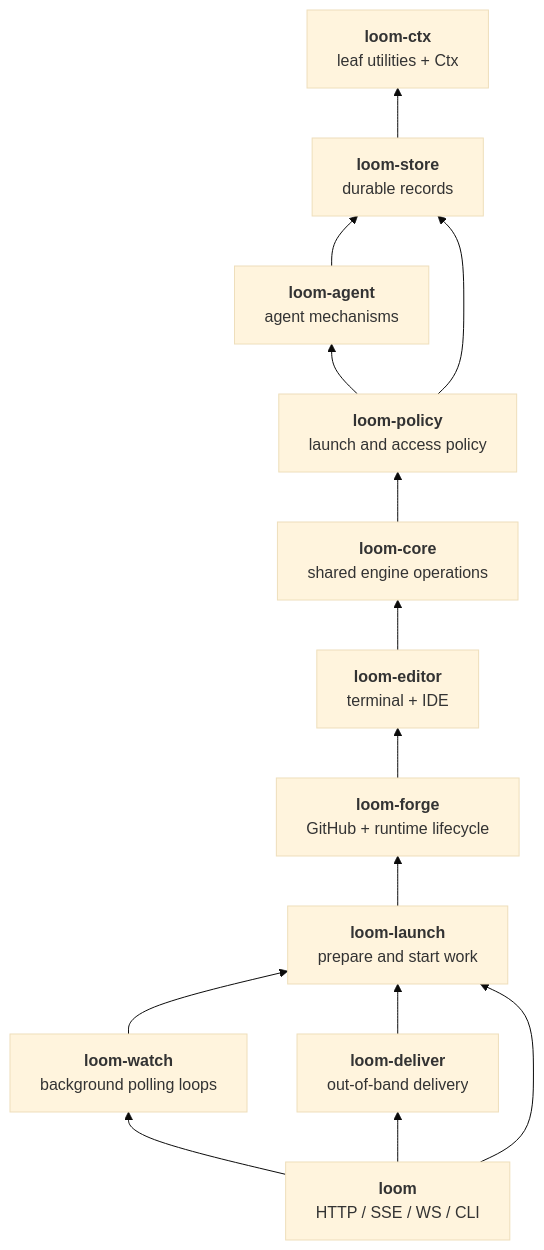
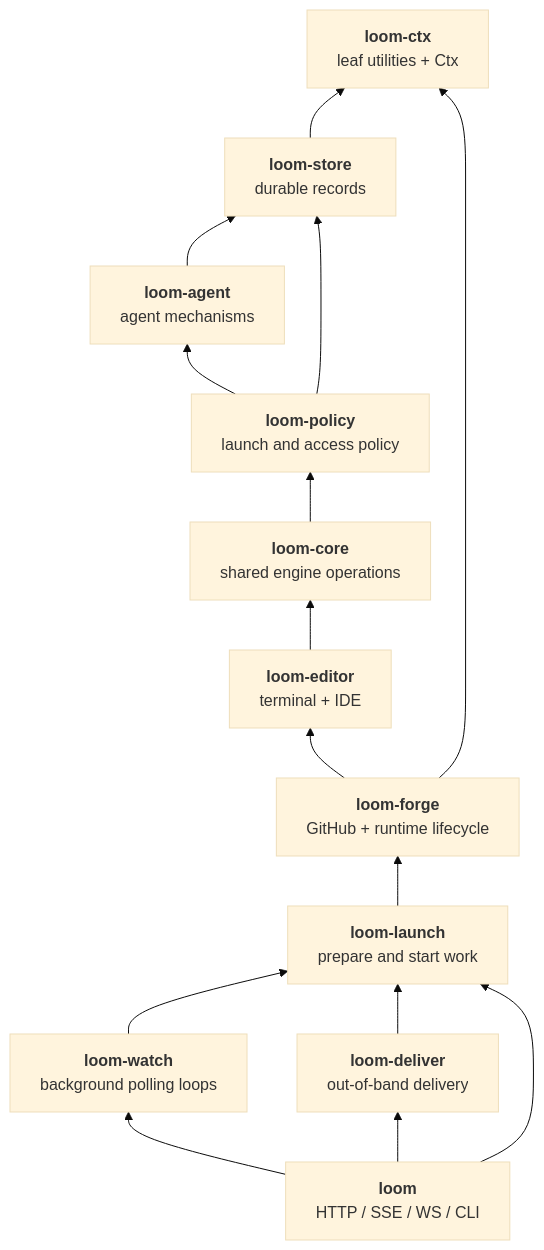
The diagram in docs/crate-layering.md (marin-community/loom), drawn with Mermaid (base theme) before and after one commit. The commit also changed 23 other files, not shown here.

````diff
--- a/docs/crate-layering.md
+++ b/docs/crate-layering.md
@@ -59,28 +59,29 @@
 ```mermaid
 graph BT
   ctx["<b>loom-ctx</b><br/>leaf utilities + Ctx"]
   store["<b>loom-store</b><br/>durable records"]
   agent["<b>loom-agent</b><br/>agent mechanisms"]
   policy["<b>loom-policy</b><br/>launch and access policy"]
   core["<b>loom-core</b><br/>shared engine operations"]
   editor["<b>loom-editor</b><br/>terminal + IDE"]
   forge["<b>loom-forge</b><br/>GitHub + runtime lifecycle"]
   launch["<b>loom-launch</b><br/>prepare and start work"]
   watch["<b>loom-watch</b><br/>background polling loops"]
   deliver["<b>loom-deliver</b><br/>out-of-band delivery"]
   loom["<b>loom</b><br/>HTTP / SSE / WS / CLI"]
 
   store --> ctx
   agent --> store
   policy --> agent
   policy --> store
   core --> policy
   editor --> core
   forge --> editor
+  forge --> ctx
   launch --> forge
   watch --> launch
   deliver --> launch
   loom --> launch
   loom --> watch
   loom --> deliver
 ```
````
